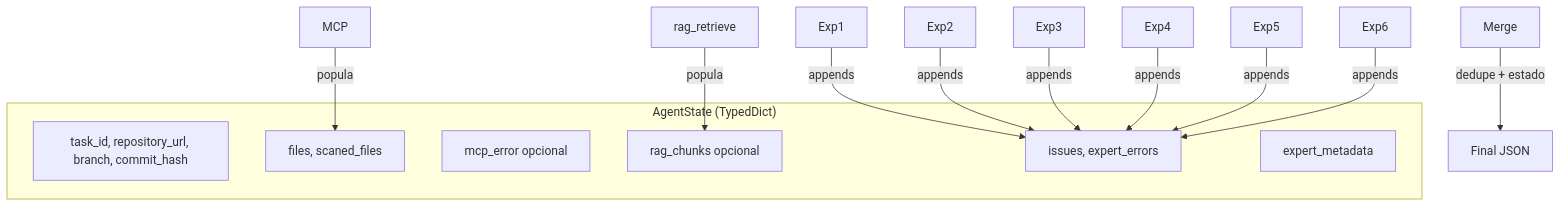
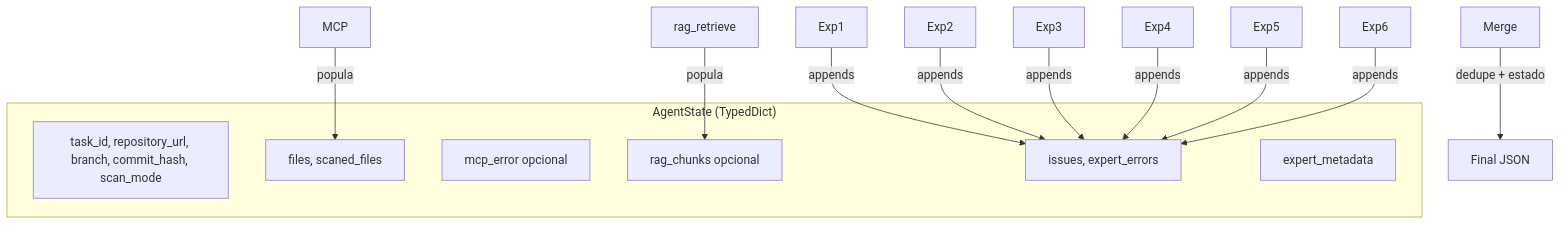
Before and after one commit to KaribuLab/titvo-dev: the third of 3 diagrams in docs/architecture.md, drawn with Mermaid. The commit also changed other lines of this file and 11 other files, not shown here.

First line of the commit message:
feat: add full scan mode to API trigger, agent, and MCP contract

````diff
--- a/docs/architecture.md
+++ b/docs/architecture.md
@@ -70,21 +75,21 @@
 ```mermaid
 flowchart TD
     subgraph State["AgentState (TypedDict)"]
-        Task[task_id, repository_url, branch, commit_hash]
+        Task[task_id, repository_url, branch, commit_hash, scan_mode]
         Files[files, scaned_files]
         MCPERR[mcp_error opcional]
         RAGChunks[rag_chunks opcional]
         Issues[issues, expert_errors]
         Meta[expert_metadata]
     end
     
     MCP -->|popula| Files
     RAG_Node[rag_retrieve] -->|popula| RAGChunks
     Exp1 -->|appends| Issues
     Exp2 -->|appends| Issues
     Exp3 -->|appends| Issues
     Exp4 -->|appends| Issues
     Exp5 -->|appends| Issues
     Exp6 -->|appends| Issues
     Merge -->|dedupe + estado| Final[Final JSON]
 ```
````
